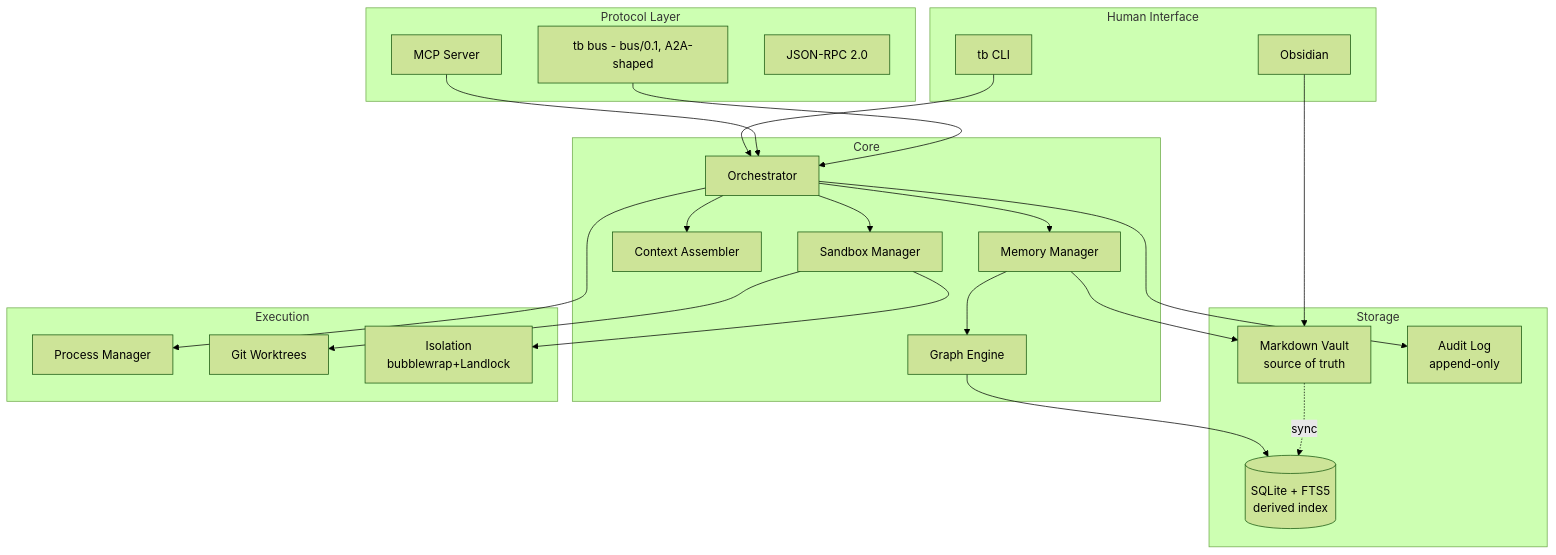
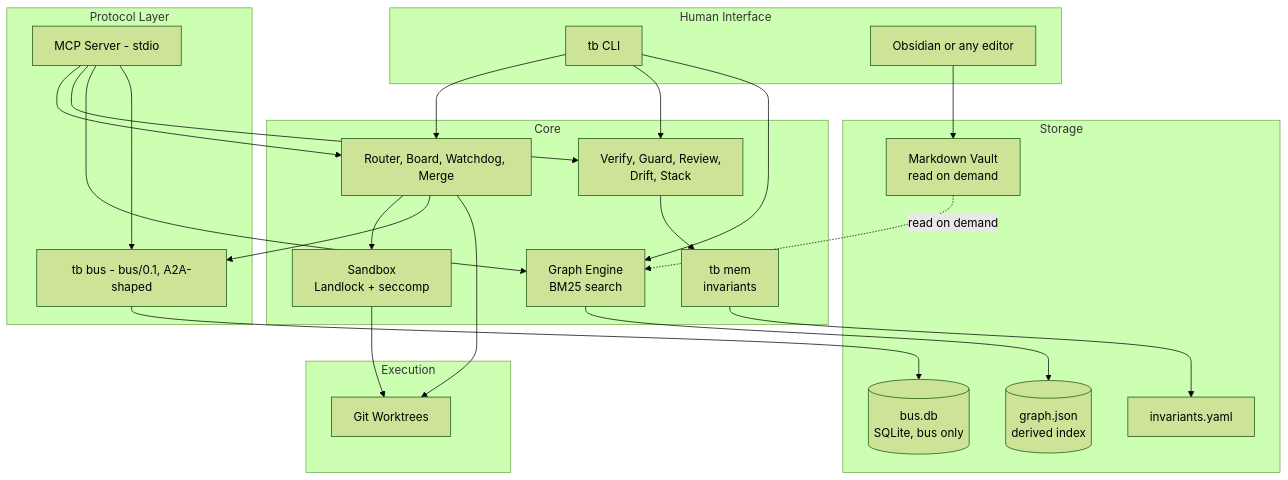
One commit to leonardo-moraes360/toolbelt changed the first of 12 diagrams in docs/arquitetura.md. Above: the diagram before and after it, drawn with Mermaid (forest theme). The commit also changed other lines of this file and 1 other file, not shown here.

Commit message:
docs(arquitetura): describe what exists (graph.json + BM25, Landlock/seccomp, real .toolbelt tree); mark roles, capability tokens, tb run/proc and audit log as dropped or planned

````diff
--- a/docs/arquitetura.md
+++ b/docs/arquitetura.md
@@ -9,53 +9,50 @@
 ```mermaid
 graph TB
     subgraph "Human Interface"
         CLI[tb CLI]
-        OBS[Obsidian]
+        OBS[Obsidian or any editor]
     end
 
     subgraph "Protocol Layer"
-        MCP[MCP Server]
+        MCP[MCP Server - stdio]
         BUS[tb bus - bus/0.1, A2A-shaped]
-        RPC[JSON-RPC 2.0]
     end
 
     subgraph "Core"
-        ORCH[Orchestrator]
-        MEM[Memory Manager]
-        CTX[Context Assembler]
-        GRAPH[Graph Engine]
-        SANDBOX[Sandbox Manager]
+        ROUTER[Router, Board, Watchdog, Merge]
+        MEM[tb mem<br/>invariants]
+        GRAPH[Graph Engine<br/>BM25 search]
+        VERIFY[Verify, Guard, Review,<br/>Drift, Stack]
+        SANDBOX[Sandbox<br/>Landlock + seccomp]
     end
 
     subgraph "Storage"
-        VAULT[Markdown Vault<br/>source of truth]
-        SQLITE[(SQLite + FTS5<br/>derived index)]
-        AUDIT[Audit Log<br/>append-only]
+        VAULT[Markdown Vault<br/>read on demand]
+        GJSON[(graph.json<br/>derived index)]
+        BUSDB[(bus.db<br/>SQLite, bus only)]
+        INV[invariants.yaml]
     end
 
     subgraph "Execution"
-        PROC[Process Manager]
         WORK[Git Worktrees]
-        ISO[Isolation<br/>bubblewrap+Landlock]
     end
 
-    CLI --> ORCH
+    CLI --> ROUTER
+    CLI --> VERIFY
+    CLI --> GRAPH
     OBS --> VAULT
-    MCP --> ORCH
-    BUS --> ORCH
+    MCP --> ROUTER
+    MCP --> VERIFY
+    MCP --> GRAPH
+    MCP --> BUS
 
-    ORCH --> MEM
-    ORCH --> CTX
-    ORCH --> SANDBOX
-    ORCH --> PROC
-
-    MEM --> VAULT
-    MEM --> GRAPH
-    GRAPH --> SQLITE
-    VAULT -.->|sync| SQLITE
-
+    ROUTER --> SANDBOX
+    ROUTER --> BUS
+    ROUTER --> WORK
+    MEM --> INV
+    VERIFY --> MEM
+    GRAPH --> GJSON
+    VAULT -.->|read on demand| GRAPH
+    BUS --> BUSDB
     SANDBOX --> WORK
-    SANDBOX --> ISO
-
-    ORCH --> AUDIT
 ```
````
